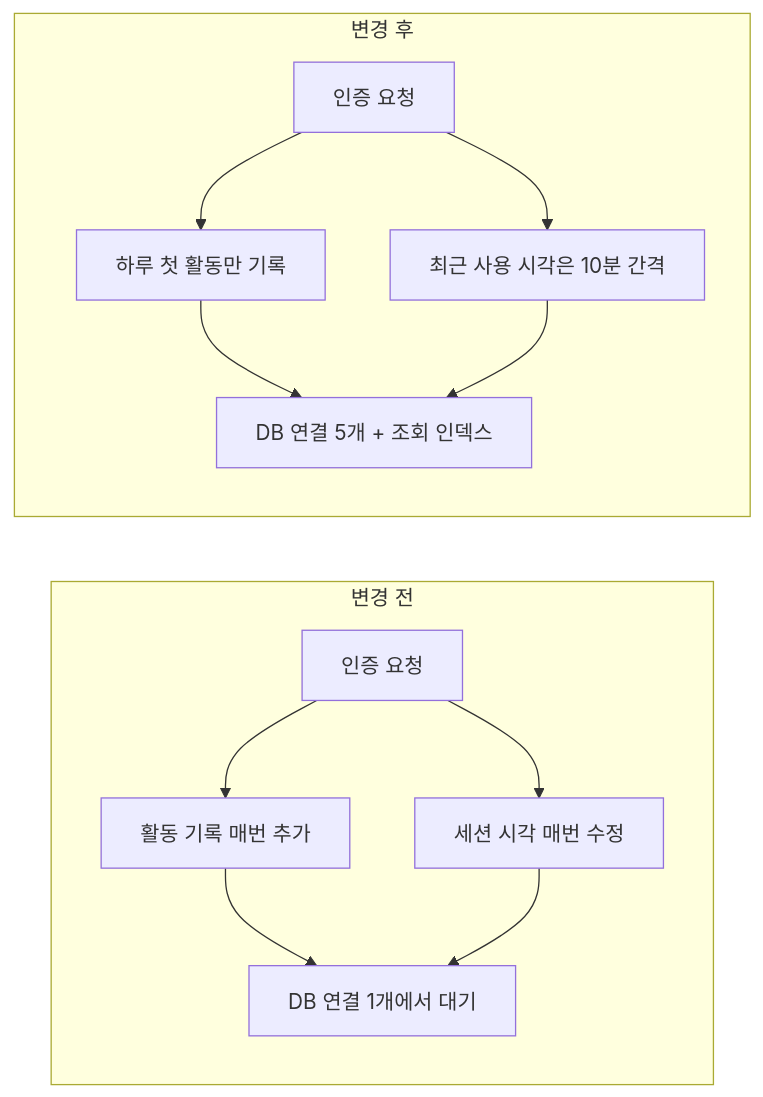
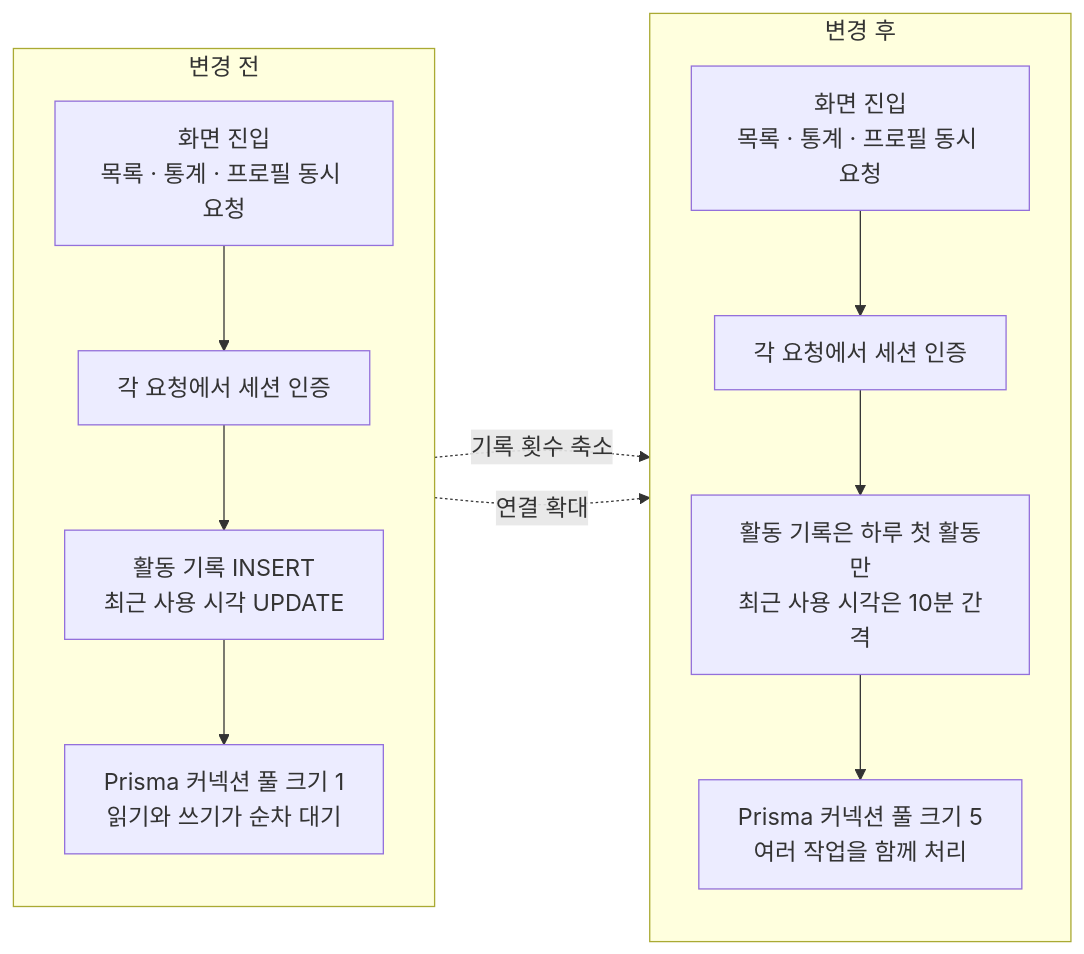
Before and after one commit to Jinacker/PortFolio: the diagram in public/mds/katsu-map/ts-2-slowdown.md, drawn with Mermaid. The commit also changed other lines of this file, not shown here.

````diff
--- a/public/mds/katsu-map/ts-2-slowdown.md
+++ b/public/mds/katsu-map/ts-2-slowdown.md
@@ -45,15 +52,26 @@
 ```mermaid
+%%{init: {"themeVariables": {"fontSize": "18px"}, "flowchart": {"nodeSpacing": 44, "rankSpacing": 56}}}%%
 flowchart LR
     subgraph Before["변경 전"]
-        A1["인증 요청"] --> W1["활동 기록 매번 추가"]
-        A1 --> W2["세션 시각 매번 수정"]
-        W1 --> Q1["DB 연결 1개에서 대기"]
-        W2 --> Q1
+        direction TB
+        Screen1["화면 진입<br/>목록 · 통계 · 프로필 동시 요청"]
+        Auth1["각 요청에서 세션 인증"]
+        Write1["활동 기록 INSERT<br/>최근 사용 시각 UPDATE"]
+        Pool1["Prisma 커넥션 풀 크기 1<br/>읽기와 쓰기가 순차 대기"]
+
+        Screen1 --> Auth1 --> Write1 --> Pool1
     end
+
     subgraph After["변경 후"]
-        A2["인증 요청"] --> W3["하루 첫 활동만 기록"]
-        A2 --> W4["최근 사용 시각은 10분 간격"]
-        W3 --> Q2["DB 연결 5개 + 조회 인덱스"]
-        W4 --> Q2
+        direction TB
+        Screen2["화면 진입<br/>목록 · 통계 · 프로필 동시 요청"]
+        Auth2["각 요청에서 세션 인증"]
+        Write2["활동 기록은 하루 첫 활동만<br/>최근 사용 시각은 10분 간격"]
+        Pool2["Prisma 커넥션 풀 크기 5<br/>여러 작업을 함께 처리"]
+
+        Screen2 --> Auth2 --> Write2 --> Pool2
     end
+
+    Write1 -. "기록 횟수 축소" .-> Write2
+    Pool1 -. "연결 확대" .-> Pool2
 ```
````
